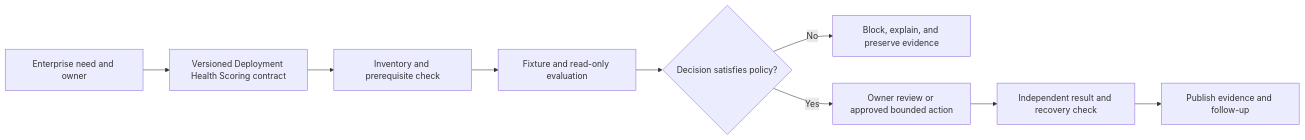
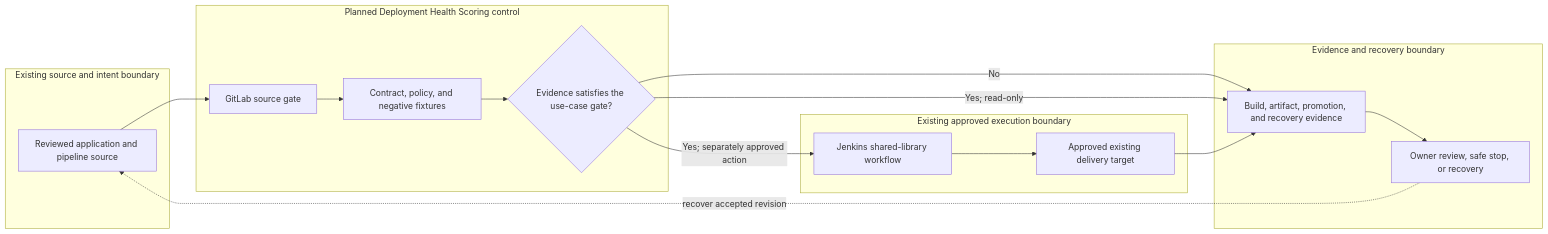
One commit to MIDHTECH/enterprise-architecture-docs changed the diagram in docs/use-cases/devsecops/UC-CICD-015-deployment-health-scoring.md. Above: the diagram before and after it, drawn with Mermaid. The commit also changed other lines of this file and 227 other files, not shown here.

Commit message:
Deepen architecture for all use case designs

````diff
--- a/docs/use-cases/devsecops/UC-CICD-015-deployment-health-scoring.md
+++ b/docs/use-cases/devsecops/UC-CICD-015-deployment-health-scoring.md
@@ -136,11 +129,25 @@
 ```mermaid
 flowchart LR
-    Need["Enterprise need and owner"] --> Contract["Versioned Deployment Health Scoring contract"]
-    Contract --> Preflight["Inventory and prerequisite check"]
-    Preflight --> Evaluate["Fixture and read-only evaluation"]
-    Evaluate --> Decision{"Decision satisfies policy?"}
-    Decision -->|No| Stop["Block, explain, and preserve evidence"]
-    Decision -->|Yes| Review["Owner review or approved bounded action"]
-    Review --> Verify["Independent result and recovery check"]
-    Verify --> Publish["Publish evidence and follow-up"]
+    subgraph Source["Existing source and intent boundary"]
+        A["Reviewed application and pipeline source"]
+    end
+    subgraph Planned["Planned Deployment Health Scoring control"]
+        B["GitLab source gate"]
+        C["Contract, policy, and negative fixtures"]
+        D{"Evidence satisfies the use-case gate?"}
+    end
+    subgraph Runtime["Existing approved execution boundary"]
+        E["Jenkins shared-library workflow"]
+        F["Approved existing delivery target"]
+    end
+    subgraph Assurance["Evidence and recovery boundary"]
+        G["Build, artifact, promotion, and recovery evidence"]
+        H["Owner review, safe stop, or recovery"]
+    end
+
+    A --> B --> C --> D
+    D -->|No| G --> H
+    D -->|Yes; read-only| G
+    D -->|Yes; separately approved action| E --> F --> G
+    H -. recover accepted revision .-> A
 ```
````
